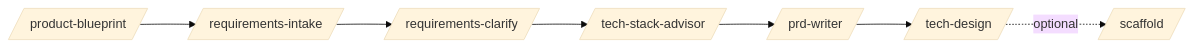
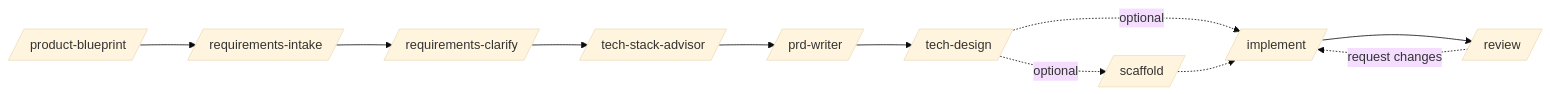
The diagram in README.md (kulkarni2u/agentic-skills), drawn with Mermaid (base theme) before and after one commit. The commit also changed other lines of this file and 9 other files, not shown here.

First line of the commit message:
Add implement (TDD/BDD/DDD) and review (functional + code) skills

````diff
--- a/README.md
+++ b/README.md
@@ -23,9 +23,13 @@
 ```mermaid
 graph LR
     A[/product-blueprint/] --> B[/requirements-intake/]
     B --> C[/requirements-clarify/]
     C --> D[/tech-stack-advisor/]
     D --> E[/prd-writer/]
     E --> F[/tech-design/]
     F -. optional .-> G[/scaffold/]
+    F -. optional .-> H[/implement/]
+    G -.-> H
+    H --> I[/review/]
+    I -. request changes .-> H
 ```
````
